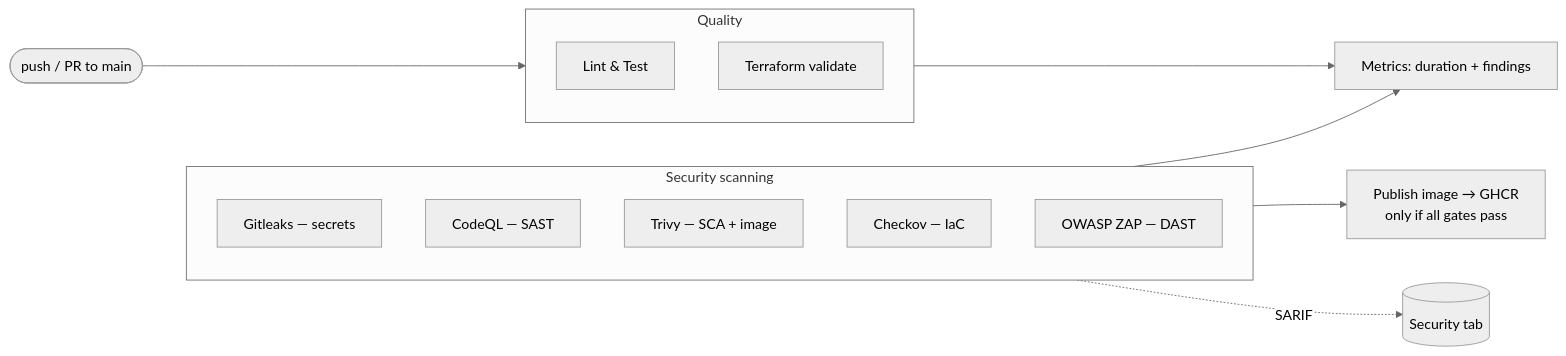
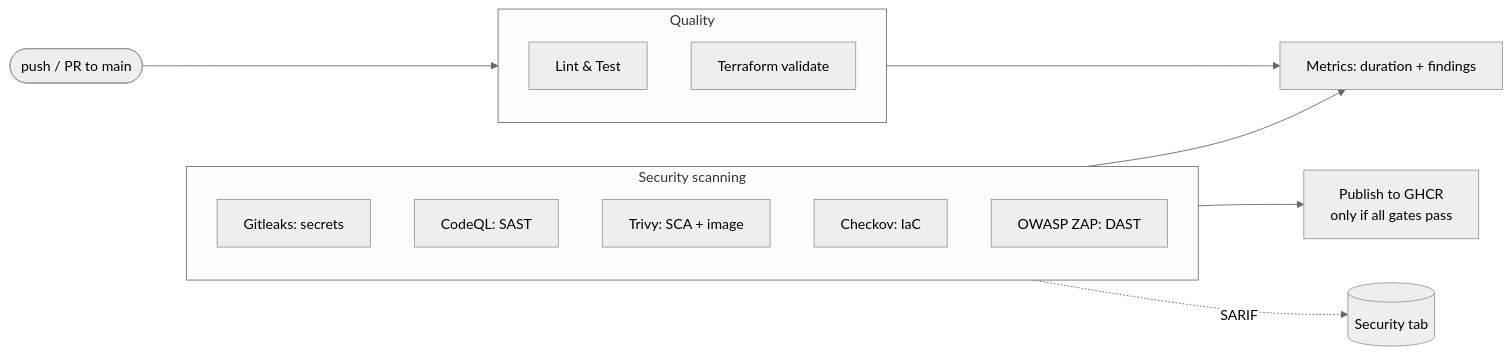
Before and after one commit to BohdanPanasenko/devsecops-pipeline-demo: the diagram in README.md, drawn with Mermaid (neutral theme). The commit also changed other lines of this file, not shown here.

````diff
--- a/README.md
+++ b/README.md
@@ -41,22 +42,22 @@
 ```mermaid
 flowchart LR
     push([push / PR to main]) --> Q
 
     subgraph Q[Quality]
         L[Lint & Test]
         T[Terraform validate]
     end
 
     subgraph S[Security scanning]
-        G[Gitleaks — secrets]
-        C[CodeQL — SAST]
-        TR[Trivy — SCA + image]
-        CK[Checkov — IaC]
-        Z[OWASP ZAP — DAST]
+        G[Gitleaks: secrets]
+        C[CodeQL: SAST]
+        TR[Trivy: SCA + image]
+        CK[Checkov: IaC]
+        Z[OWASP ZAP: DAST]
     end
 
     Q --> M
     S --> M[Metrics: duration + findings]
-    S --> P[Publish image → GHCR<br/>only if all gates pass]
+    S --> P[Publish to GHCR<br/>only if all gates pass]
     S -.SARIF.-> ST[(Security tab)]
 ```
````
